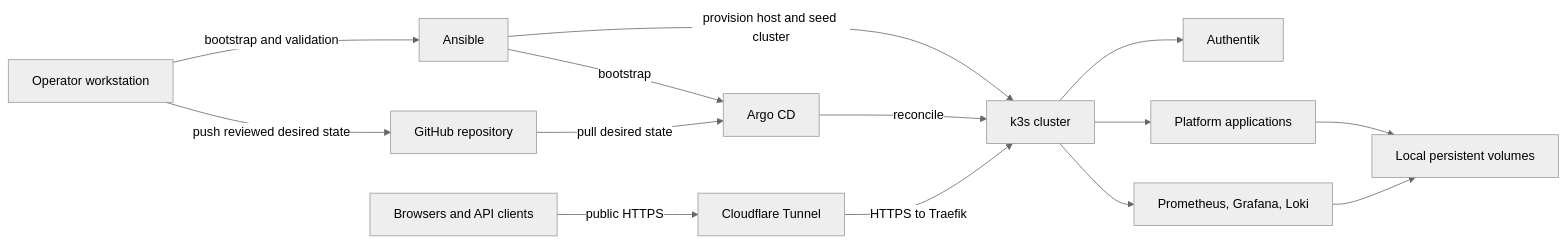
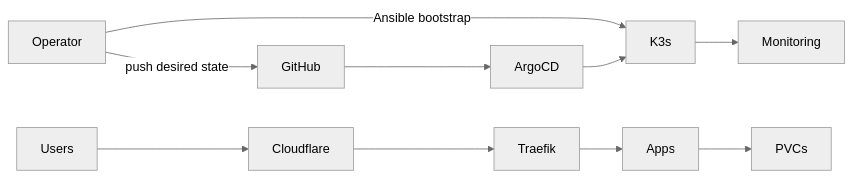
One commit to The-Keep-Studios/thekeep-platform changed the diagram in docs/architecture.md. Above: the diagram before and after it, drawn with Mermaid (neutral theme). The commit also changed other lines of this file, not shown here.

Commit message:
Tighten architecture documentation

````diff
--- a/docs/architecture.md
+++ b/docs/architecture.md
@@ -16,28 +8,12 @@
 ```mermaid
 flowchart LR
-    Operator[Operator workstation]
-    GitHub[GitHub repository]
-    Ansible[Ansible]
-    Argo[Argo CD]
-    K3s[k3s cluster]
-    Tunnel[Cloudflare Tunnel]
-    Users[Browsers and API clients]
-    Identity[Authentik]
-    Apps[Platform applications]
-    Observability[Prometheus, Grafana, Loki]
-    Storage[Local persistent volumes]
-
-    Operator -->|push reviewed desired state| GitHub
-    Operator -->|bootstrap and validation| Ansible
-    Ansible -->|provision host and seed cluster| K3s
-    Ansible -->|bootstrap| Argo
-    GitHub -->|pull desired state| Argo
-    Argo -->|reconcile| K3s
-    Users -->|public HTTPS| Tunnel
-    Tunnel -->|HTTPS to Traefik| K3s
-    K3s --> Identity
-    K3s --> Apps
-    K3s --> Observability
-    Apps --> Storage
-    Observability --> Storage
+    Operator -->|Ansible bootstrap| K3s
+    Operator -->|push desired state| GitHub
+    GitHub --> ArgoCD
+    ArgoCD --> K3s
+    Users --> Cloudflare
+    Cloudflare --> Traefik
+    Traefik --> Apps
+    Apps --> PVCs
+    K3s --> Monitoring
 ```
````
